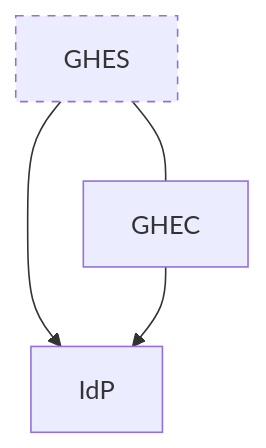
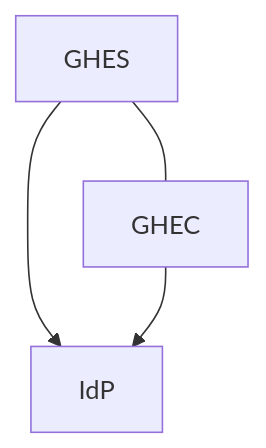
Before and after one commit to helaili/octomirror: the diagram in README.md, drawn with Mermaid.

Commit message:
update mermaid

````diff
--- a/README.md
+++ b/README.md
@@ -7,7 +7,6 @@
 ```mermaid
 graph TD
     GHES[GHES] --> IdP[IdP]
     GHEC[GHEC] --> IdP[IdP]
     GHES --- GHEC
-    style GHES stroke-dasharray: 5 5
 ```
````
